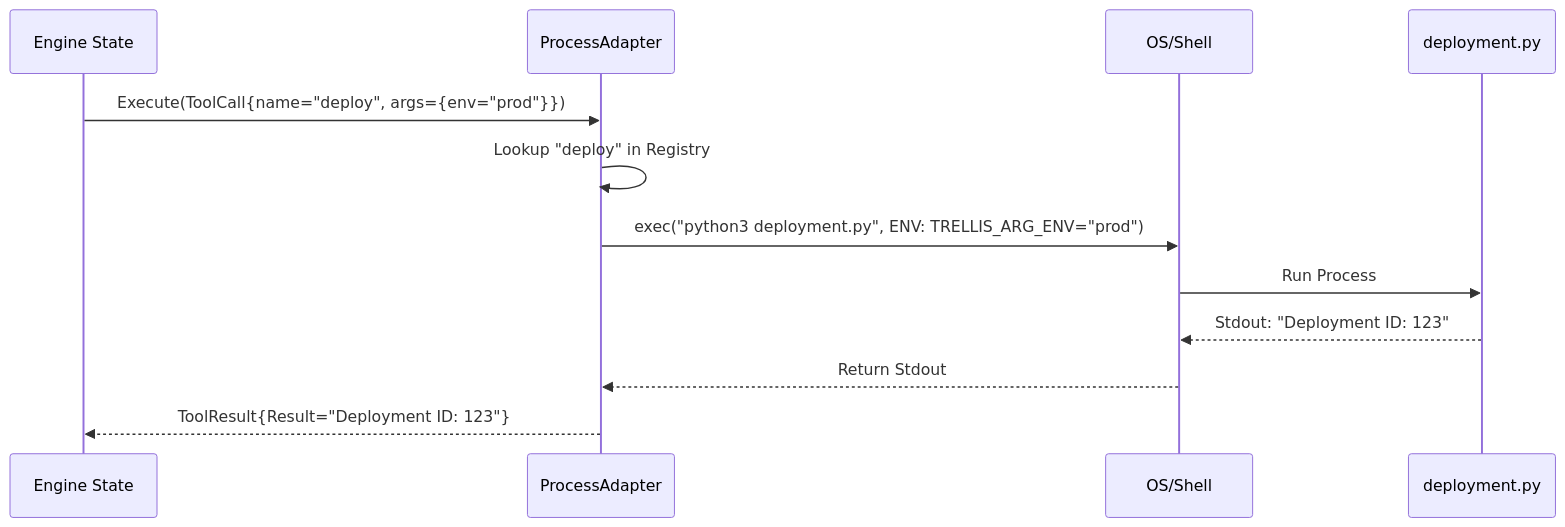
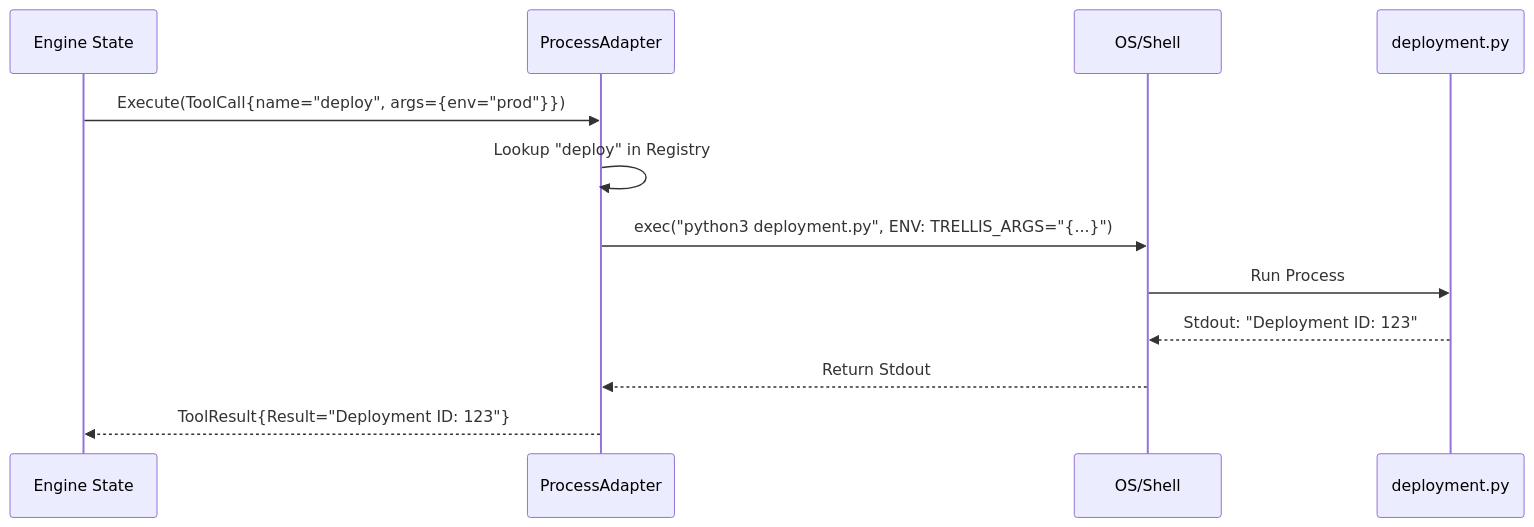
One commit to aretw0/trellis changed diagram 21 of 21 in docs/TECHNICAL.md. Above: the diagram before and after it, drawn with Mermaid. The commit also changed other lines of this file and 40 other files, not shown here.

First line of the commit message:
feat(v0.7.10): finalize signal patch and schema unification

````diff
--- a/docs/TECHNICAL.md
+++ b/docs/TECHNICAL.md
@@ -1361,15 +1361,15 @@
 ```mermaid
 sequenceDiagram
     participant State as Engine State
     participant Adapter as ProcessAdapter
     participant OS as OS/Shell
     participant Script as deployment.py
 
     State->>Adapter: Execute(ToolCall{name="deploy", args={env="prod"}})
     Adapter->>Adapter: Lookup "deploy" in Registry
-    Adapter->>OS: exec("python3 deployment.py", ENV: TRELLIS_ARG_ENV="prod")
+    Adapter->>OS: exec("python3 deployment.py", ENV: TRELLIS_ARGS="{...}")
     OS->>Script: Run Process
     Script-->>OS: Stdout: "Deployment ID: 123"
     OS-->>Adapter: Return Stdout
     Adapter-->>State: ToolResult{Result="Deployment ID: 123"}
 ```
````
